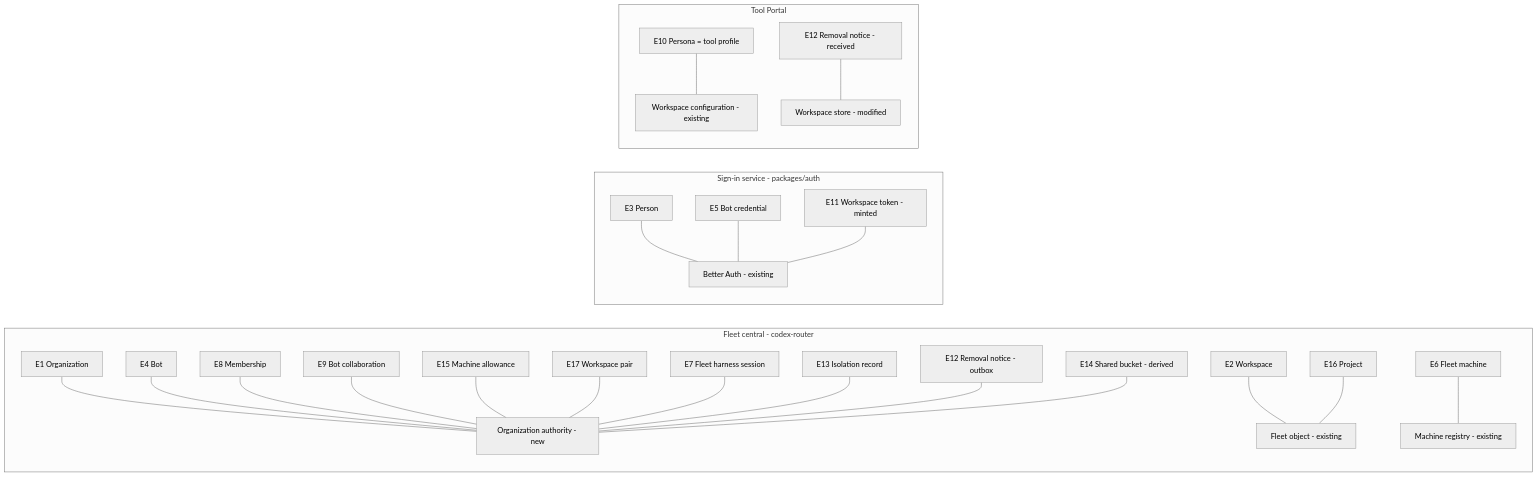
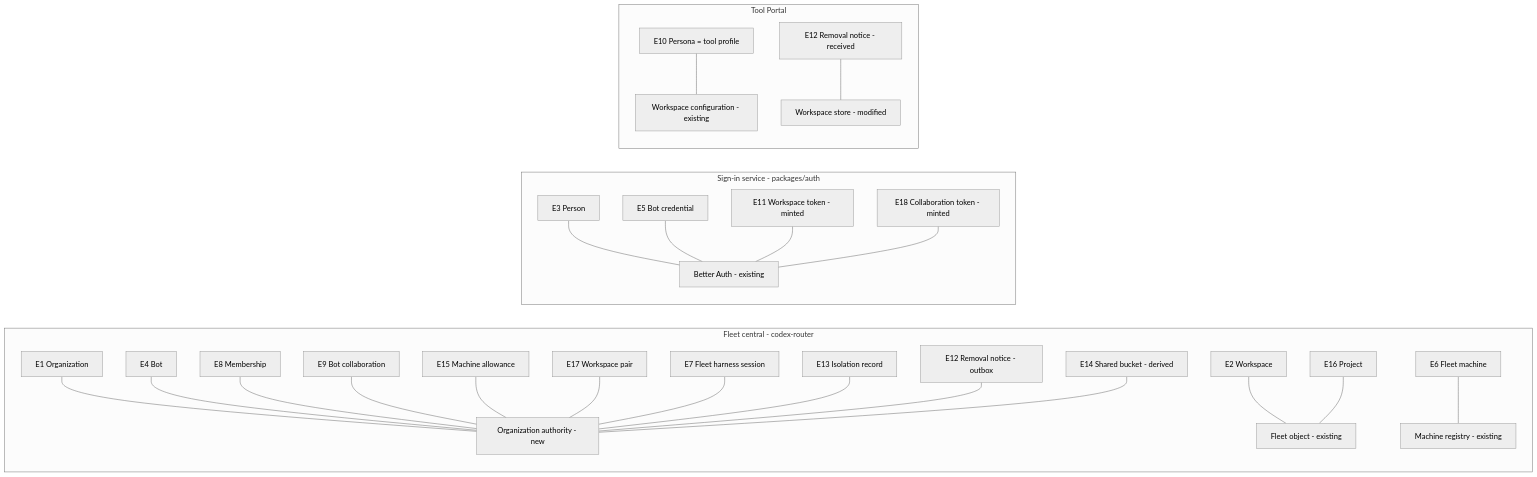
The second of 7 diagrams in docs/specs/2026-10-24-agent-identity/program-design.md (ShravanSunder/agent-vm), drawn with Mermaid (neutral theme) before and after one commit. The commit also changed other lines of this file and 6 other files, not shown here.

````diff
--- a/docs/specs/2026-10-24-agent-identity/program-design.md
+++ b/docs/specs/2026-10-24-agent-identity/program-design.md
@@ -91,27 +96,28 @@
 ```mermaid
 flowchart LR
   subgraph C[Fleet central - codex-router]
     E1[E1 Organization] --- OA[Organization authority - new]
     E4[E4 Bot] --- OA
     E8[E8 Membership] --- OA
     E9[E9 Bot collaboration] --- OA
     E15[E15 Machine allowance] --- OA
     E17[E17 Workspace pair] --- OA
     E7[E7 Fleet harness session] --- OA
     E13[E13 Isolation record] --- OA
     E12[E12 Removal notice - outbox] --- OA
     E14[E14 Shared bucket - derived] --- OA
     E2[E2 Workspace] --- FO[Fleet object - existing]
     E16[E16 Project] --- FO
     E6[E6 Fleet machine] --- REG[Machine registry - existing]
   end
   subgraph S[Sign-in service - packages/auth]
     E3[E3 Person] --- BA[Better Auth - existing]
     E5[E5 Bot credential] --- BA
     E11[E11 Workspace token - minted] --- BA
+    E18[E18 Collaboration token - minted] --- BA
   end
   subgraph P[Tool Portal]
     E10[E10 Persona = tool profile] --- CFG[Workspace configuration - existing]
     E12b[E12 Removal notice - received] --- WS[Workspace store - modified]
   end
 ```
````
